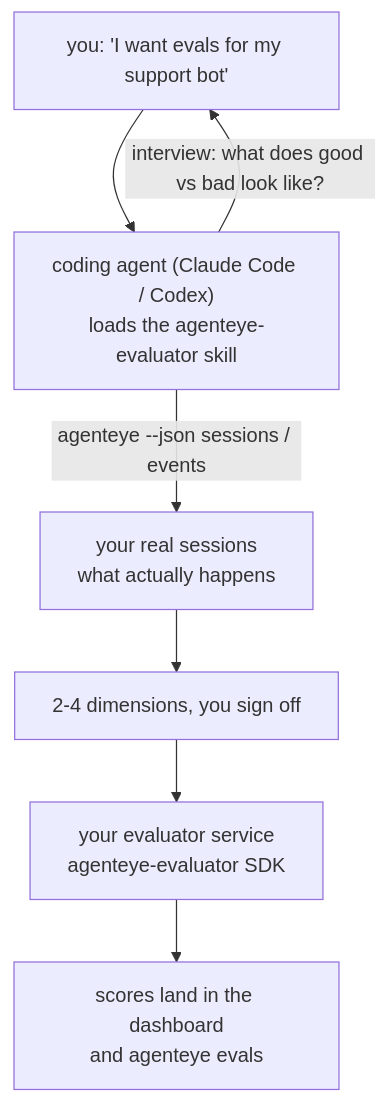
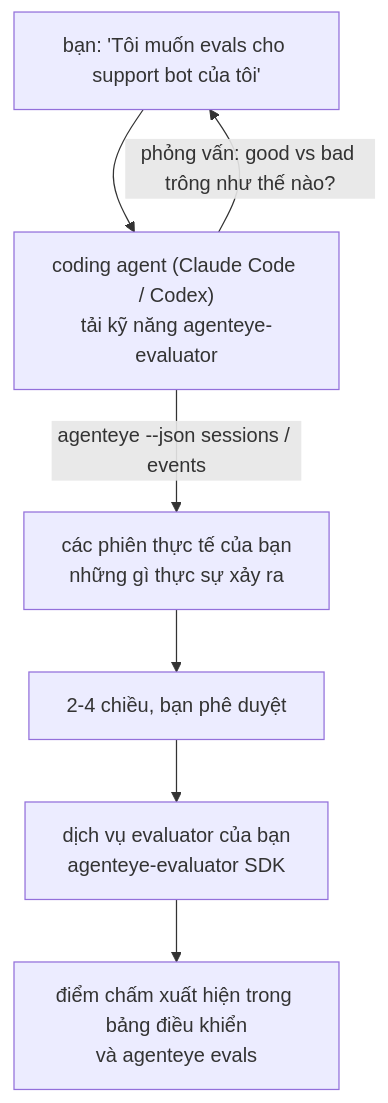
One commit to FailproofAI/failproofai changed the diagram in docs/vi/agenteye/evaluator-skill.mdx. Above: the diagram before and after it, drawn with Mermaid. The commit also changed other lines of this file and 649 other files, not shown here.

````diff
--- a/docs/vi/agenteye/evaluator-skill.mdx
+++ b/docs/vi/agenteye/evaluator-skill.mdx
@@ -21,9 +21,9 @@
 ```mermaid
 flowchart TD
-    YOU["you: 'I want evals for my support bot'"] --> AGENT["coding agent (Claude Code / Codex)<br/>loads the agenteye-evaluator skill"]
-    AGENT -->|"interview: what does good vs bad look like?"| YOU
-    AGENT -->|"agenteye --json sessions / events"| DATA["your real sessions<br/>what actually happens"]
-    DATA --> DIMS["2-4 dimensions, you sign off"]
-    DIMS --> SVC["your evaluator service<br/>agenteye-evaluator SDK"]
-    SVC --> SCORES["scores land in the dashboard<br/>and agenteye evals"]
+    YOU["bạn: 'Tôi muốn evals cho support bot của tôi'"] --> AGENT["coding agent (Claude Code / Codex)<br/>tải kỹ năng agenteye-evaluator"]
+    AGENT -->|"phỏng vấn: good vs bad trông như thế nào?"| YOU
+    AGENT -->|"agenteye --json sessions / events"| DATA["các phiên thực tế của bạn<br/>những gì thực sự xảy ra"]
+    DATA --> DIMS["2-4 chiều, bạn phê duyệt"]
+    DIMS --> SVC["dịch vụ evaluator của bạn<br/>agenteye-evaluator SDK"]
+    SVC --> SCORES["điểm chấm xuất hiện trong bảng điều khiển<br/>và agenteye evals"]
 ```
````
